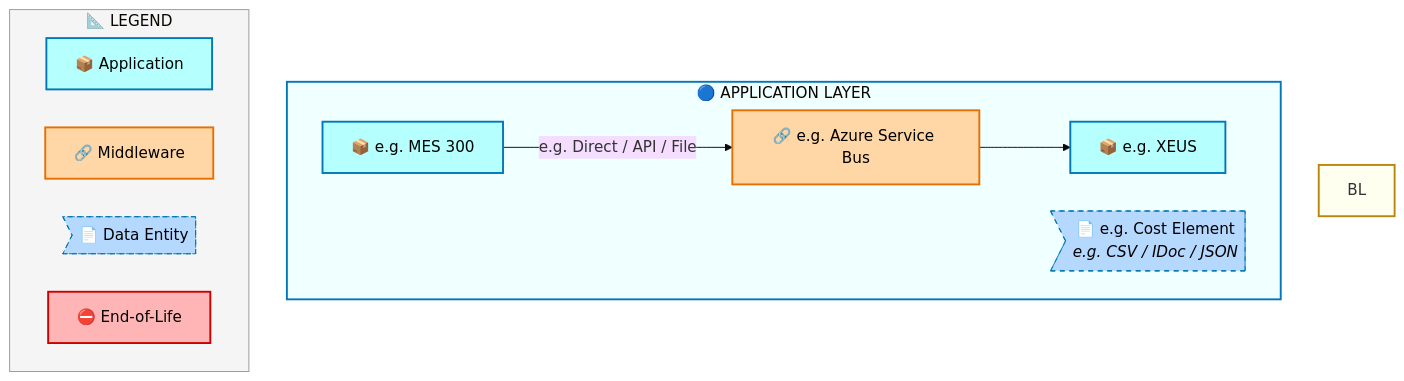
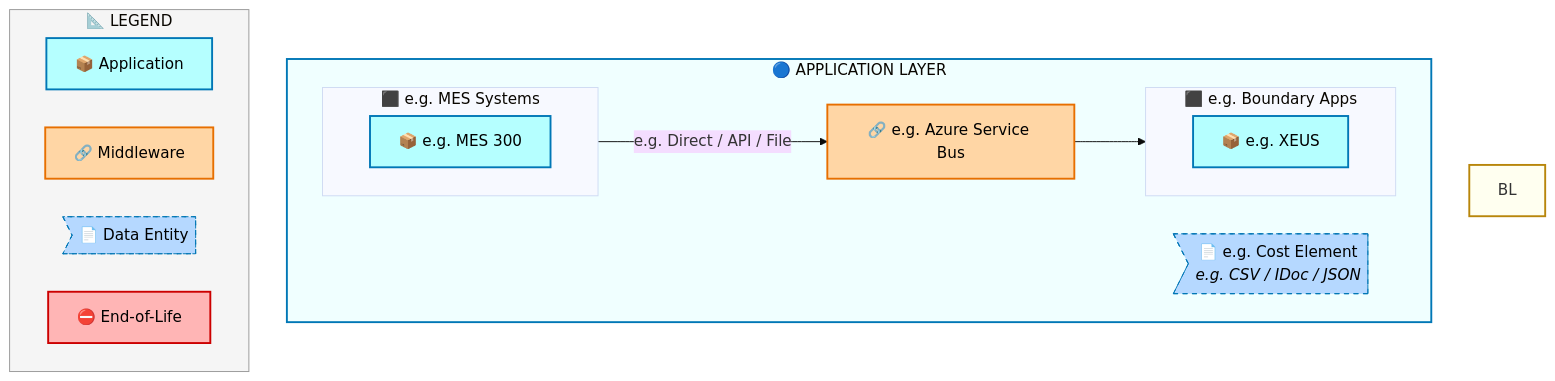
Before and after one commit to sajivfrancis777/IAO-Architecture: the fourth of 7 diagrams in towers/E2E/Procure to Pay/E2E-112/output/docs/systems-architecture/E2E-112-Architecture.md, drawn with Mermaid. The commit also changed other lines of this file and 375 other files, not shown here.

First line of the commit message:
fix: Mermaid subgraph syntax for lane names with parens + PDF print footer on every page

````diff
--- a/towers/E2E/Procure to Pay/E2E-112/output/docs/systems-architecture/E2E-112-Architecture.md
+++ b/towers/E2E/Procure to Pay/E2E-112/output/docs/systems-architecture/E2E-112-Architecture.md
@@ -380,34 +380,40 @@
 ```mermaid
 %%{init: {"theme": "base", "securityLevel": "loose", "themeVariables": {"fontSize": "16px", "fontFamily": "Segoe UI, Arial, sans-serif"}, "flowchart": {"useMaxWidth": false, "htmlLabels": true, "nodeSpacing": 40, "rankSpacing": 50}} }%%
 flowchart TB
     %% -- ArchiMate-inspired style classes --
     classDef business      fill:#FFFFB5,stroke:#B8860B,stroke-width:2px,color:#000
     classDef app           fill:#B5FFFF,stroke:#0077B6,stroke-width:2px,color:#000
     classDef data          fill:#B5D8FF,stroke:#0077B6,stroke-width:1px,color:#000,stroke-dasharray: 5 5
     classDef middleware    fill:#FFD6A5,stroke:#E76F00,stroke-width:2px,color:#000
     classDef eol           fill:#FFB5B5,stroke:#CC0000,stroke-width:2px,color:#000
 
     subgraph AL["🔵 APPLICATION LAYER"]
         direction LR
-        E2E112C_e_g_MES_300["📦 e.g. MES 300"]:::app
-        E2E112C_e_g_XEUS["📦 e.g. XEUS"]:::app
+        subgraph E2E112CLN_e_g_Boundary_Apps[" ⬛ e.g. Boundary Apps"]
+            direction LR
+            E2E112C_e_g_XEUS["📦 e.g. XEUS"]:::app
+        end
+        subgraph E2E112CLN_e_g_MES_Systems[" ⬛ e.g. MES Systems"]
+            direction LR
+            E2E112C_e_g_MES_300["📦 e.g. MES 300"]:::app
+        end
         E2E112CMW_e_g_Azure_Service_Bus["🔗 e.g. Azure Service Bus"]:::middleware
         E2E112CDE_e_g_Cost_Element>"📄 e.g. Cost Element<br/><i>e.g. CSV / IDoc / JSON</i>"]:::data
     end
 
     E2E112C_e_g_MES_300 -->|"e.g. Direct / API / File"| E2E112CMW_e_g_Azure_Service_Bus
     E2E112CMW_e_g_Azure_Service_Bus --> E2E112C_e_g_XEUS
 
 
     style BL fill:#FFFFF0,stroke:#B8860B,stroke-width:2px
     style AL fill:#F0FFFF,stroke:#0077B6,stroke-width:2px
 
     subgraph Legend["📐 LEGEND"]
         direction LR
         L_APP["📦 Application"]:::app
         L_MW["🔗 Middleware"]:::middleware
         L_DE>"📄 Data Entity"]:::data
         L_EOL["⛔ End-of-Life"]:::eol
     end
     style Legend fill:#F5F5F5,stroke:#999,stroke-width:1px
 ```
````
